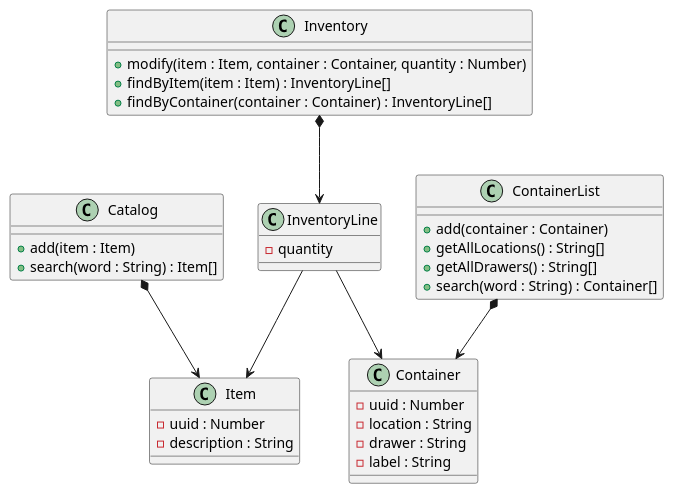
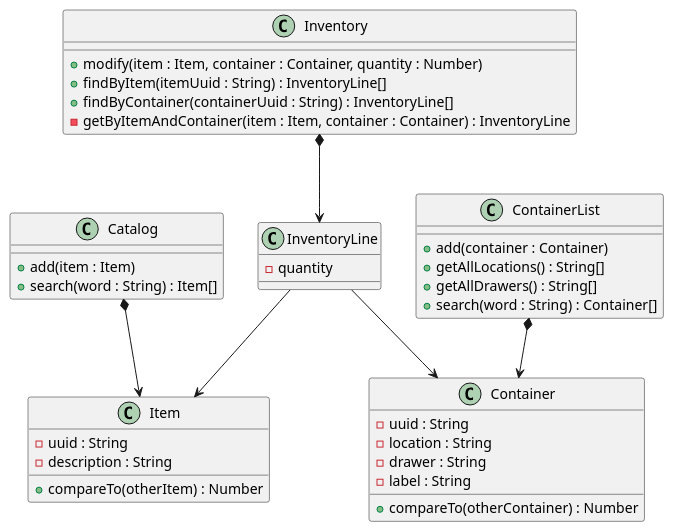
Before and after one commit to IEPSCF-Uccle-PROJWEB2-S1-2021/fablab-components: the diagram in docs/classes.puml, drawn with PlantUML. The commit also changed 4 other files, not shown here.

```diff
--- a/docs/classes.puml
+++ b/docs/classes.puml
@@ -1,36 +1,39 @@
 @startuml classes
 class Catalog {
   + add(item : Item)
   + search(word : String) : Item[]
 }
 class Item {
-  -uuid : Number
+  -uuid : String
   -description : String
+  + compareTo(otherItem) : Number
 }
 class ContainerList {
   + add(container : Container)
   + getAllLocations() : String[]
   + getAllDrawers() : String[]
   + search(word : String) : Container[]
 }
 class Container {
-  -uuid : Number
+  -uuid : String
   -location : String
   -drawer : String
   -label : String
+  + compareTo(otherContainer) : Number
 }
 class Inventory {
   + modify(item : Item, container : Container, quantity : Number)
-  + findByItem(item : Item) : InventoryLine[]
-  + findByContainer(container : Container) : InventoryLine[]
+  + findByItem(itemUuid : String) : InventoryLine[]
+  + findByContainer(containerUuid : String) : InventoryLine[]
+  - getByItemAndContainer(item : Item, container : Container) : InventoryLine
 }
 class InventoryLine {
   -quantity
 }
 
 Catalog *--> Item
 ContainerList *--> Container
 Inventory *--> InventoryLine
 InventoryLine --> Container
 InventoryLine --> Item
 @enduml
```
